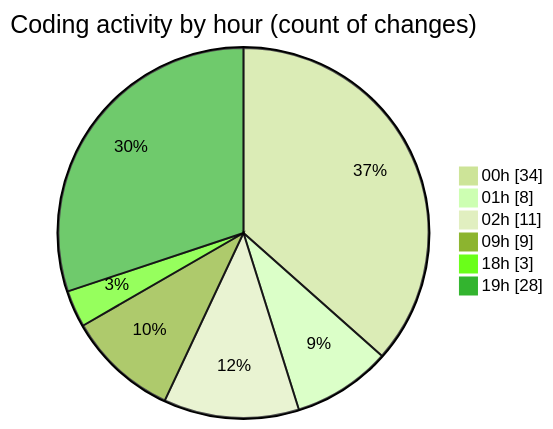
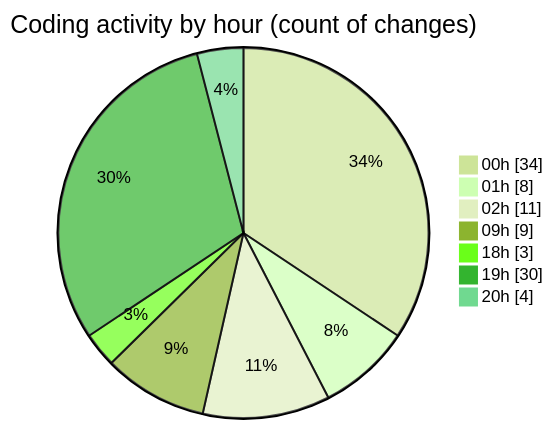
The second of 2 diagrams in 2025-05-18/niten/README.md (Elitesun/code-tracking), drawn with Mermaid (forest theme) before and after one commit. The commit also changed other lines of this file and 1 other file, not shown here.

````diff
--- a/2025-05-18/niten/README.md
+++ b/2025-05-18/niten/README.md
@@ -57,10 +60,11 @@
 ```mermaid
 pie showData
 title Coding activity by hour (count of changes)
 "00h" : 34
 "01h" : 8
 "02h" : 11
 "09h" : 9
 "18h" : 3
-"19h" : 28
+"19h" : 30
+"20h" : 4
 ```
````
